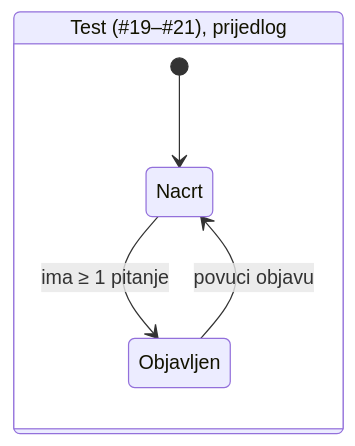
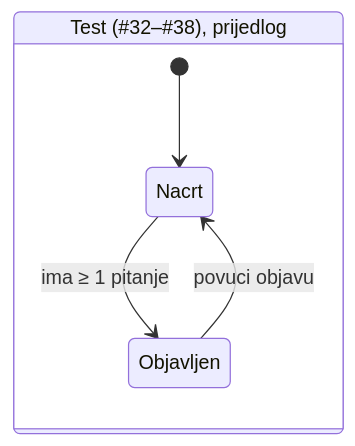
One commit to 2A-Labs/roadwise-rs1 changed the seventh of 7 diagrams in dokumenti/mind-map-arhitektura.md. Above: the diagram before and after it, drawn with Mermaid. The commit also changed other lines of this file and 9 other files, not shown here.

````diff
--- a/dokumenti/mind-map-arhitektura.md
+++ b/dokumenti/mind-map-arhitektura.md
@@ -458,9 +458,9 @@
 ```mermaid
 stateDiagram-v2
     direction LR
-    state "Test (#19–#21), prijedlog" as TS {
+    state "Test (#32–#38), prijedlog" as TS {
         [*] --> Nacrt
         Nacrt --> Objavljen: ima ≥ 1 pitanje
         Objavljen --> Nacrt: povuci objavu
     }
 ```
````
